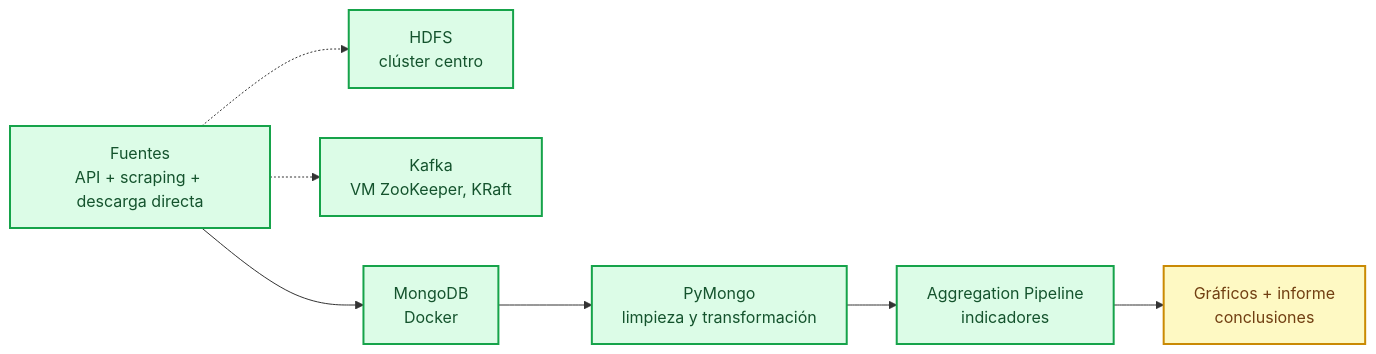
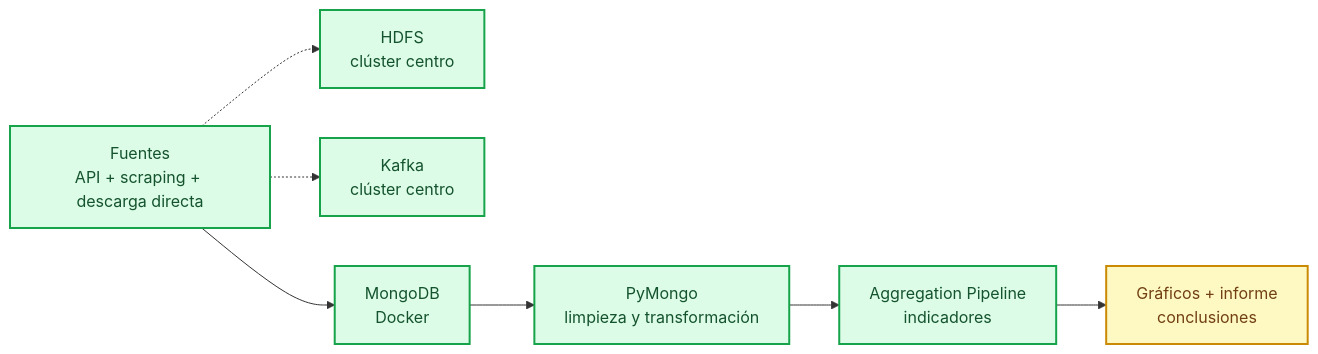
Before and after one commit to mikelrh-dev/bigdata-vivienda-euskadi: the first of 2 diagrams in README.md, drawn with Mermaid. The commit also changed other lines of this file and 41 other files, not shown here.

````diff
--- a/README.md
+++ b/README.md
@@ -16,25 +16,25 @@
 ```mermaid
 flowchart LR
     accTitle: Pipeline de datos vivienda Euskadi
     accDescr: Flujo de fuentes a resultados: extraccion, HDFS, Kafka, MongoDB, limpieza, agregacion, visualizacion.
 
     src["Fuentes<br/>API + scraping + descarga directa"]
     hdfs["HDFS<br/>clúster centro"]
-    kafka["Kafka<br/>VM ZooKeeper, KRaft"]
+    kafka["Kafka<br/>clúster centro"]
     mongo["MongoDB<br/>Docker"]
     clean["PyMongo<br/>limpieza y transformación"]
     agg["Aggregation Pipeline<br/>indicadores"]
     viz["Gráficos + informe<br/>conclusiones"]
 
     src --> mongo --> clean --> agg --> viz
     src -.-> hdfs
     src -.-> kafka
 
     classDef done fill:#dcfce7,stroke:#16a34a,stroke-width:2px,color:#14532d
     classDef partial fill:#fef9c3,stroke:#ca8a04,stroke-width:2px,color:#713f12
     classDef todo fill:#fee2e2,stroke:#dc2626,stroke-width:2px,color:#7f1d1d
     class src done
     class hdfs,kafka done
     class mongo,clean,agg done
     class viz partial
 ```
````
